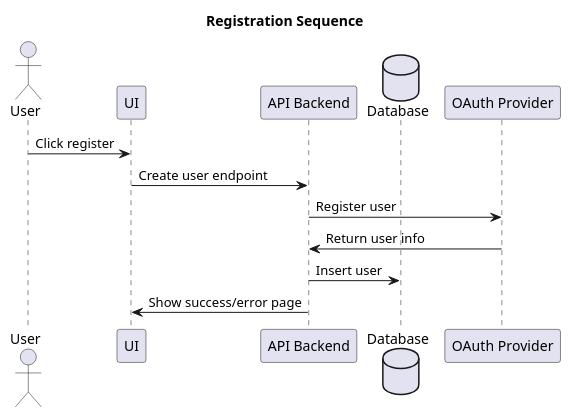
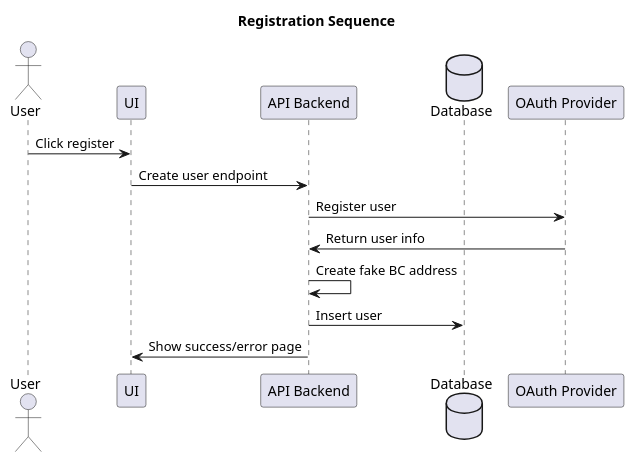
The diagram in Diagrams/UserStories/registration.puml (adhurjaty/prediction-app), drawn with PlantUML before and after one commit. The commit also changed 6 other files, not shown here.

```diff
--- a/Diagrams/UserStories/registration.puml
+++ b/Diagrams/UserStories/registration.puml
@@ -1,18 +1,19 @@
 @startuml Registration Sequence
 
 title Registration Sequence
 
 actor User as user
 participant UI as ui
 participant "API Backend" as api
 database Database as db
 participant "OAuth Provider" as oauth
 
 user -> ui : Click register 
 ui -> api : Create user endpoint
 api -> oauth : Register user
 oauth -> api : Return user info
+api -> api : Create fake BC address
 api -> db : Insert user
 api -> ui : Show success/error page
 
 @enduml
```
